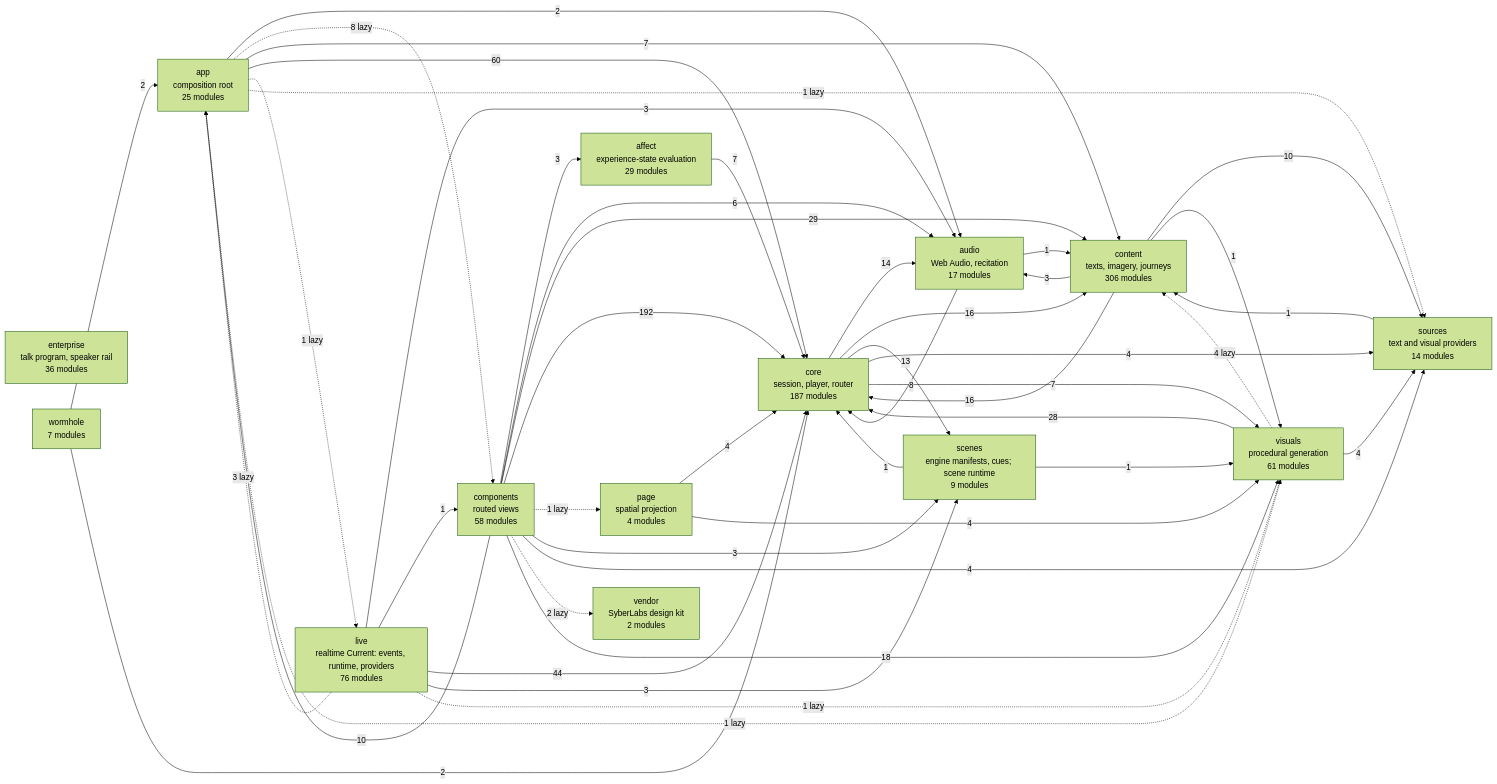
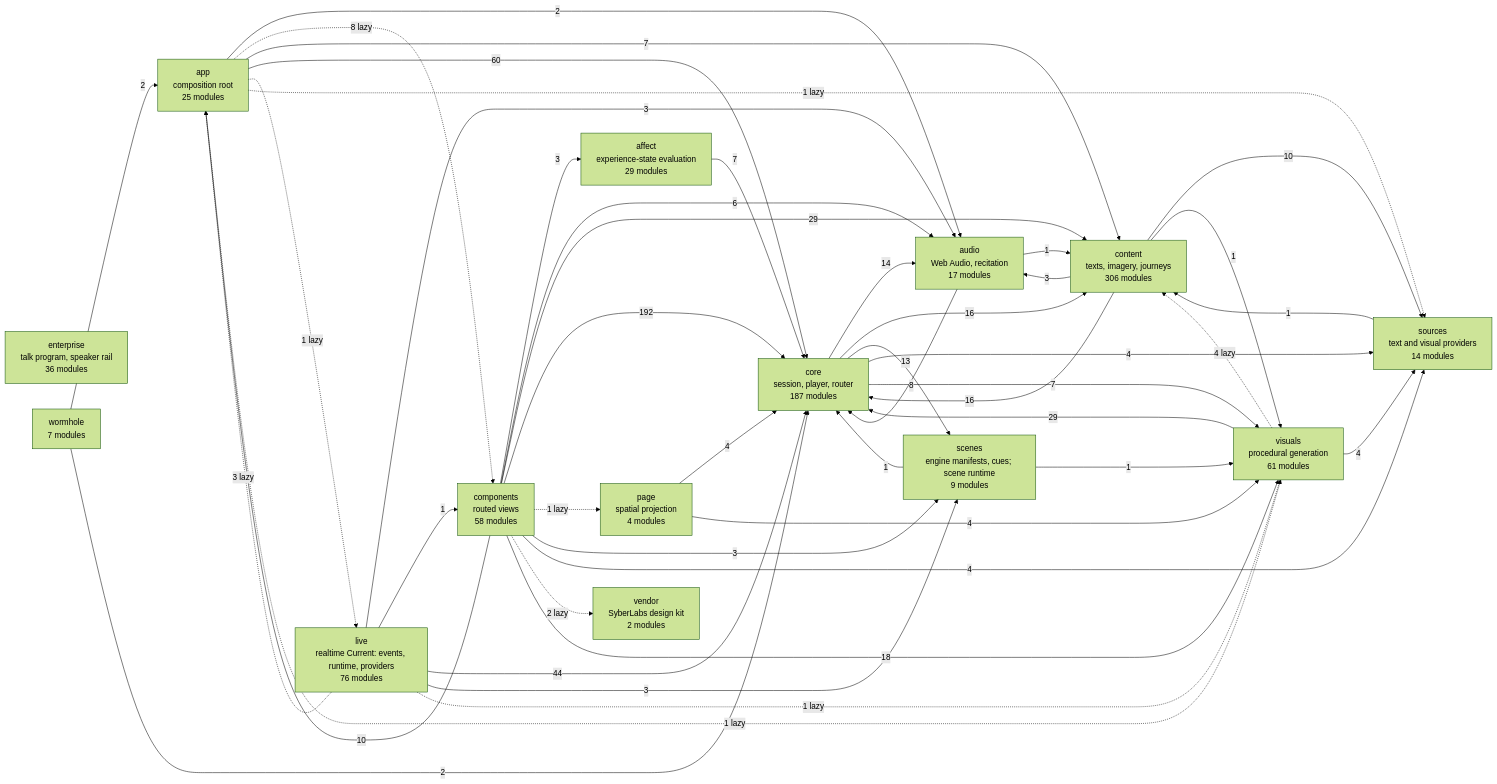
One commit to SyberLabs/RISE changed the diagram in docs/specs/ARCHITECTURE.md. Above: the diagram before and after it, drawn with Mermaid (forest theme).

Commit message:
The architecture diagram counts the image stream's review fixes (RDR-031)
Regenerated by npm run docs:diagram after the last commit.

````diff
--- a/docs/specs/ARCHITECTURE.md
+++ b/docs/specs/ARCHITECTURE.md
@@ -161,63 +161,63 @@
 ```mermaid
 flowchart LR
     affect["affect<br/>experience-state evaluation<br/>29 modules"]
     app["app<br/>composition root<br/>25 modules"]
     audio["audio<br/>Web Audio, recitation<br/>17 modules"]
     components["components<br/>routed views<br/>58 modules"]
     content["content<br/>texts, imagery, journeys<br/>306 modules"]
     core["core<br/>session, player, router<br/>187 modules"]
     enterprise["enterprise<br/>talk program, speaker rail<br/>36 modules"]
     live["live<br/>realtime Current: events, runtime, providers<br/>76 modules"]
     page["page<br/>spatial projection<br/>4 modules"]
     scenes["scenes<br/>engine manifests, cues; scene runtime<br/>9 modules"]
     sources["sources<br/>text and visual providers<br/>14 modules"]
     vendor["vendor<br/>SyberLabs design kit<br/>2 modules"]
     visuals["visuals<br/>procedural generation<br/>61 modules"]
     wormhole["wormhole<br/>7 modules"]
 
     affect --> |7| core
     app --> |2| audio
     app -.-> |8 lazy| components
     app --> |7| content
     app --> |60| core
     app -.-> |1 lazy| live
     app -.-> |1 lazy| sources
     app -.-> |1 lazy| visuals
     audio --> |1| content
     audio --> |8| core
     components --> |3| affect
     components --> |10| app
     components --> |6| audio
     components --> |29| content
     components --> |192| core
     components -.-> |1 lazy| page
     components --> |3| scenes
     components --> |4| sources
     components -.-> |2 lazy| vendor
     components --> |18| visuals
     content --> |3| audio
     content --> |16| core
     content --> |10| sources
     content --> |1| visuals
     core --> |14| audio
     core --> |16| content
     core --> |13| scenes
     core --> |4| sources
     core --> |7| visuals
     live -.-> |3 lazy| app
     live --> |3| audio
     live --> |1| components
     live --> |44| core
     live --> |3| scenes
     live -.-> |1 lazy| visuals
     page --> |4| core
     page --> |4| visuals
     scenes --> |1| core
     scenes --> |1| visuals
     sources --> |1| content
     visuals -.-> |4 lazy| content
-    visuals --> |28| core
+    visuals --> |29| core
     visuals --> |4| sources
     wormhole --> |2| app
     wormhole --> |2| core
 ```
````
